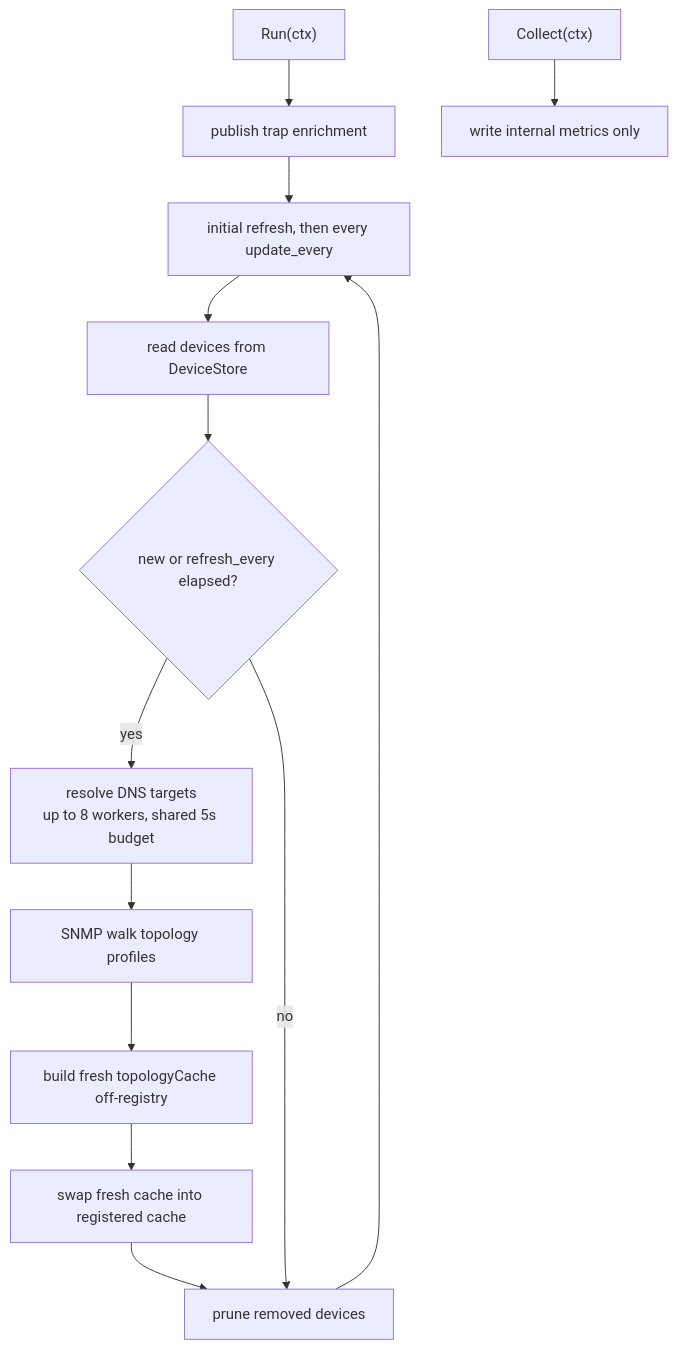
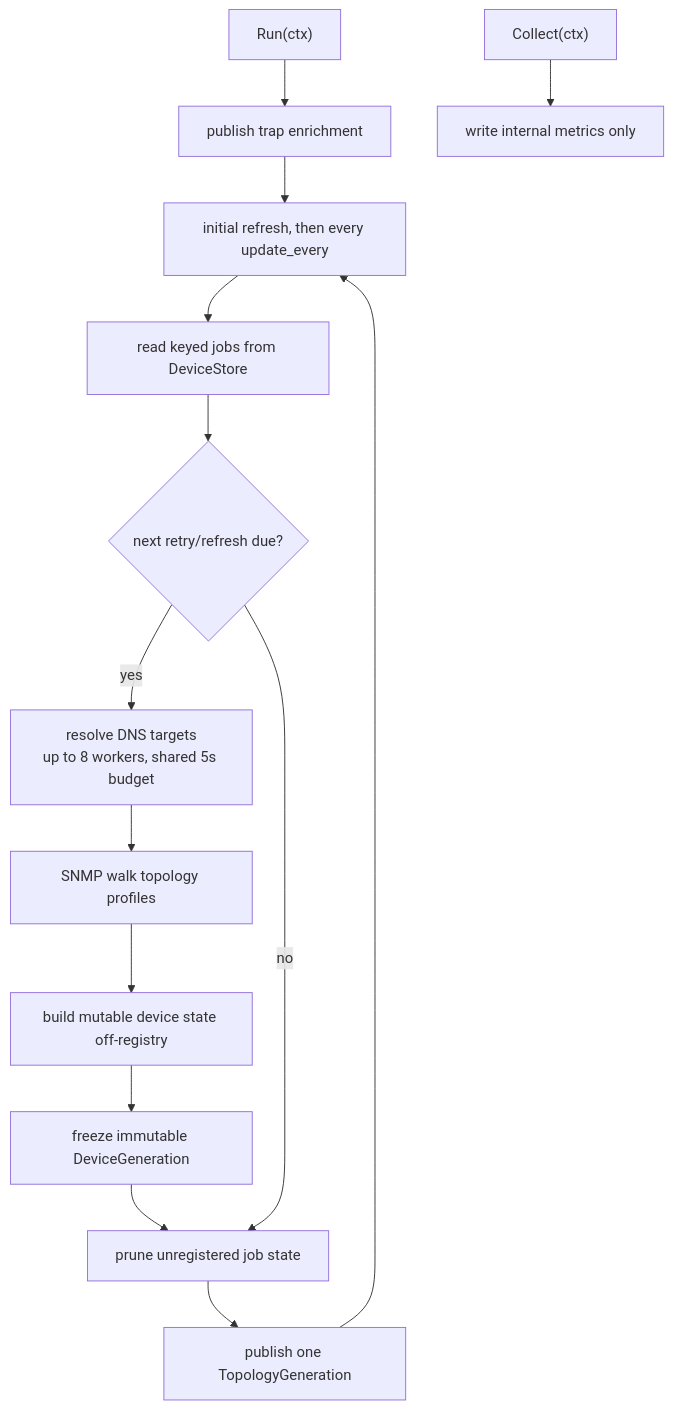
Before and after one commit to netdata/netdata: the second of 3 diagrams in src/go/plugin/go.d/collector/snmp_topology/ARCHITECTURE.md, drawn with Mermaid. The commit also changed other lines of this file and 54 other files, not shown here.

Commit message:
refactor(go.d/snmp_topology): publish immutable generations

````diff
--- a/src/go/plugin/go.d/collector/snmp_topology/ARCHITECTURE.md
+++ b/src/go/plugin/go.d/collector/snmp_topology/ARCHITECTURE.md
@@ -67,20 +67,21 @@
 ```mermaid
 flowchart TD
     Run["Run(ctx)"]
-    Publish["publish trap enrichment"]
+    TrapPublish["publish trap enrichment"]
     Tick["initial refresh, then every update_every"]
-    Devices["read devices from DeviceStore"]
-    Fresh{"new or refresh_every elapsed?"}
+    Devices["read keyed jobs from DeviceStore"]
+    Fresh{"next retry/refresh due?"}
     Resolve["resolve DNS targets<br/>up to 8 workers, shared 5s budget"]
     Walk["SNMP walk topology profiles"]
-    Next["build fresh topologyCache off-registry"]
-    Swap["swap fresh cache into registered cache"]
-    Prune["prune removed devices"]
+    Next["build mutable device state off-registry"]
+    Freeze["freeze immutable DeviceGeneration"]
+    GenPublish["publish one TopologyGeneration"]
+    Prune["prune unregistered job state"]
     Collect["Collect(ctx)"]
     Metrics["write internal metrics only"]
 
-    Run --> Publish --> Tick --> Devices --> Fresh
-    Fresh -->|"yes"| Resolve --> Walk --> Next --> Swap --> Prune --> Tick
+    Run --> TrapPublish --> Tick --> Devices --> Fresh
+    Fresh -->|"yes"| Resolve --> Walk --> Next --> Freeze --> Prune --> GenPublish --> Tick
     Fresh -->|"no"| Prune
     Collect --> Metrics
 ```
````
